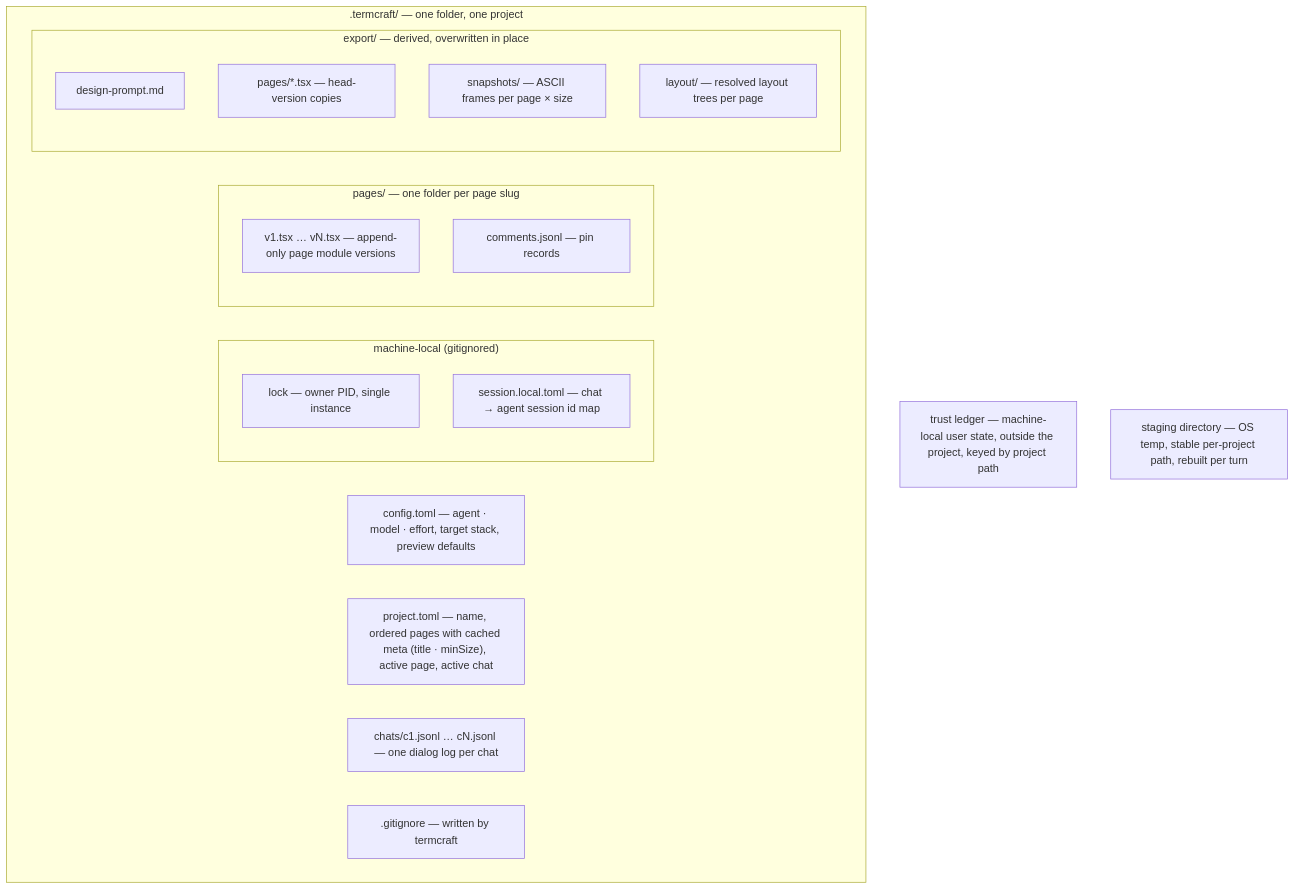
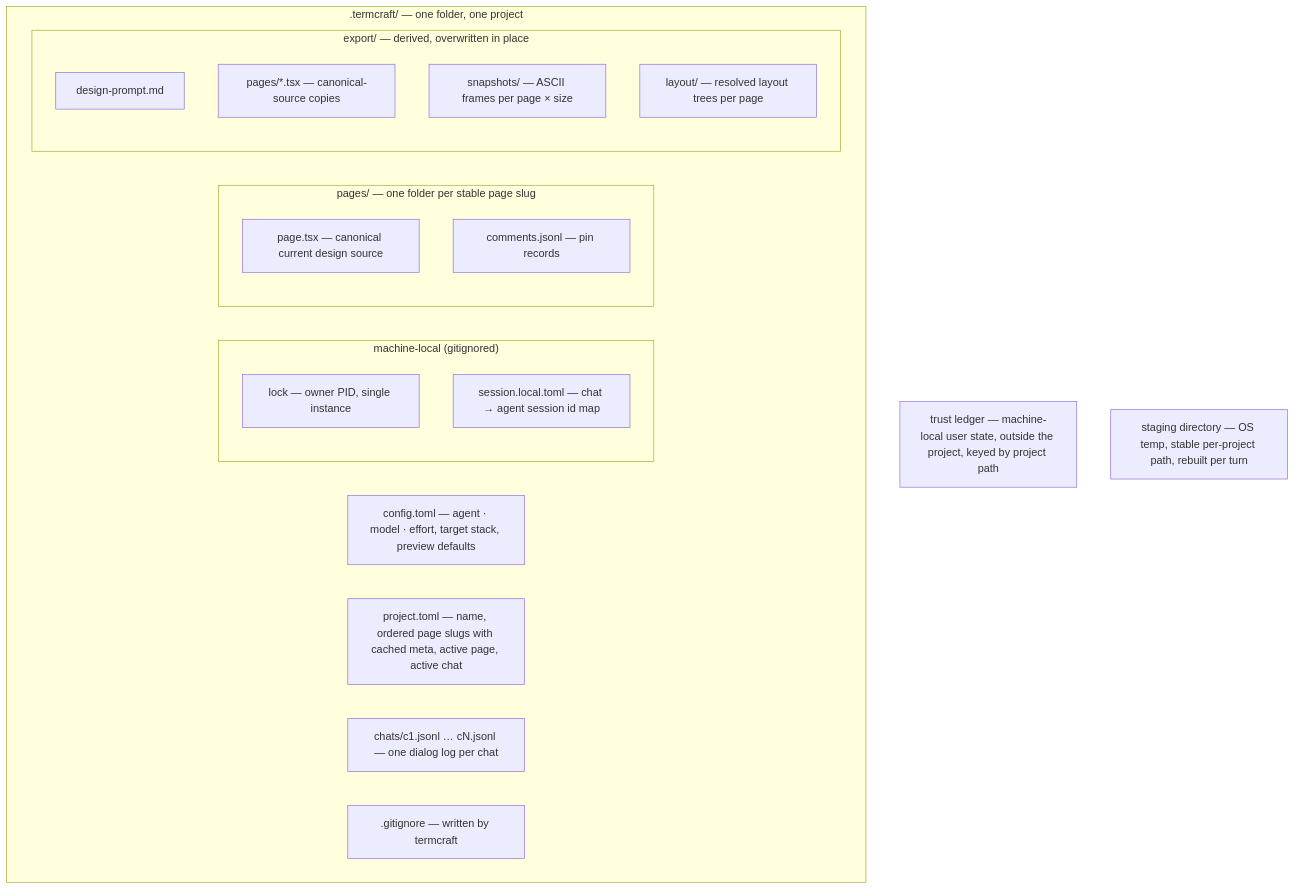
The diagram in docs/architecture/storage.md (khmilevoi/termcraft), drawn with Mermaid before and after one commit. The commit also changed other lines of this file and 3 other files, not shown here.

Commit message:
docs(architecture): replace private version storage

````diff
--- a/docs/architecture/storage.md
+++ b/docs/architecture/storage.md
@@ -3,25 +3,25 @@
 ```mermaid
 flowchart TB
     subgraph tc[".termcraft/ — one folder, one project"]
         cfg["config.toml — agent · model · effort, target stack, preview defaults"]
-        proj["project.toml — name, ordered pages with cached meta (title · minSize), active page, active chat"]
+        proj["project.toml — name, ordered page slugs with cached meta, active page, active chat"]
         chats["chats/c1.jsonl … cN.jsonl — one dialog log per chat"]
         gi[".gitignore — written by termcraft"]
         subgraph localonly["machine-local (gitignored)"]
             lock["lock — owner PID, single instance"]
             sess["session.local.toml — chat → agent session id map"]
         end
-        subgraph pg["pages/ — one folder per page slug"]
-            vers["v1.tsx … vN.tsx — append-only page module versions"]
+        subgraph pg["pages/ — one folder per stable page slug"]
+            source["page.tsx — canonical current design source"]
             comm["comments.jsonl — pin records"]
         end
         subgraph ex["export/ — derived, overwritten in place"]
             dp["design-prompt.md"]
-            ptsx["pages/*.tsx — head-version copies"]
+            ptsx["pages/*.tsx — canonical-source copies"]
             snaps["snapshots/ — ASCII frames per page × size"]
             lay["layout/ — resolved layout trees per page"]
         end
     end
     trust["trust ledger — machine-local user state, outside the project, keyed by project path"]
     scratch["staging directory — OS temp, stable per-project path, rebuilt per turn"]
 ```
````
